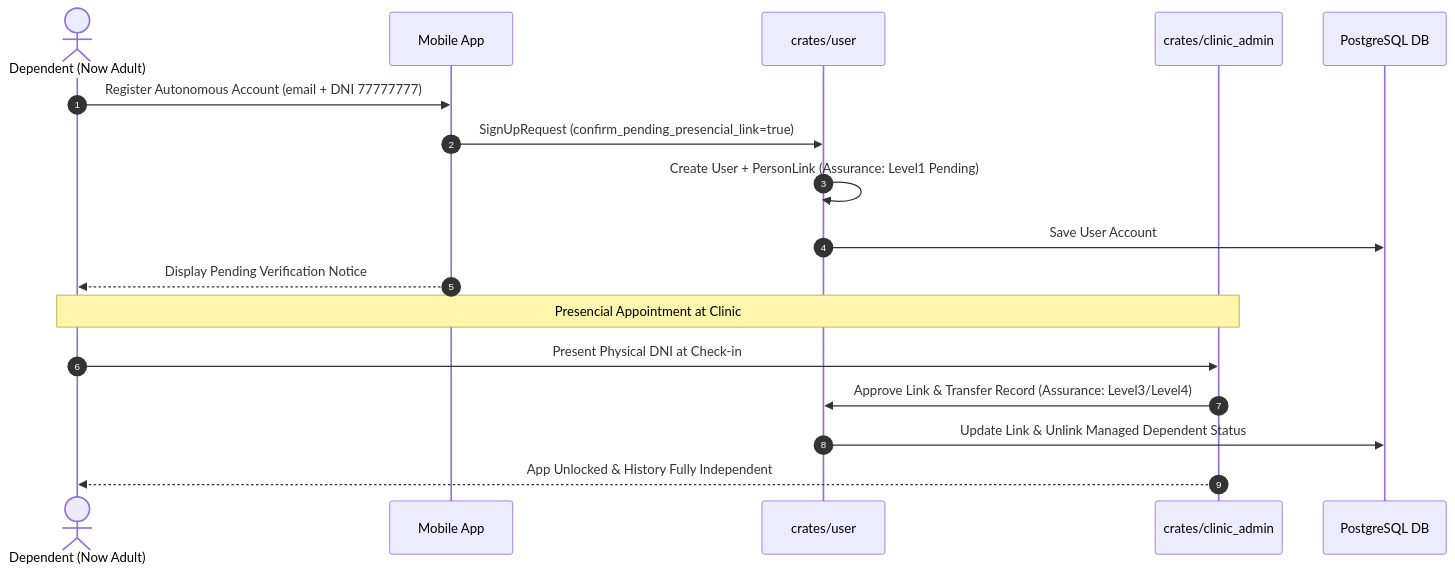
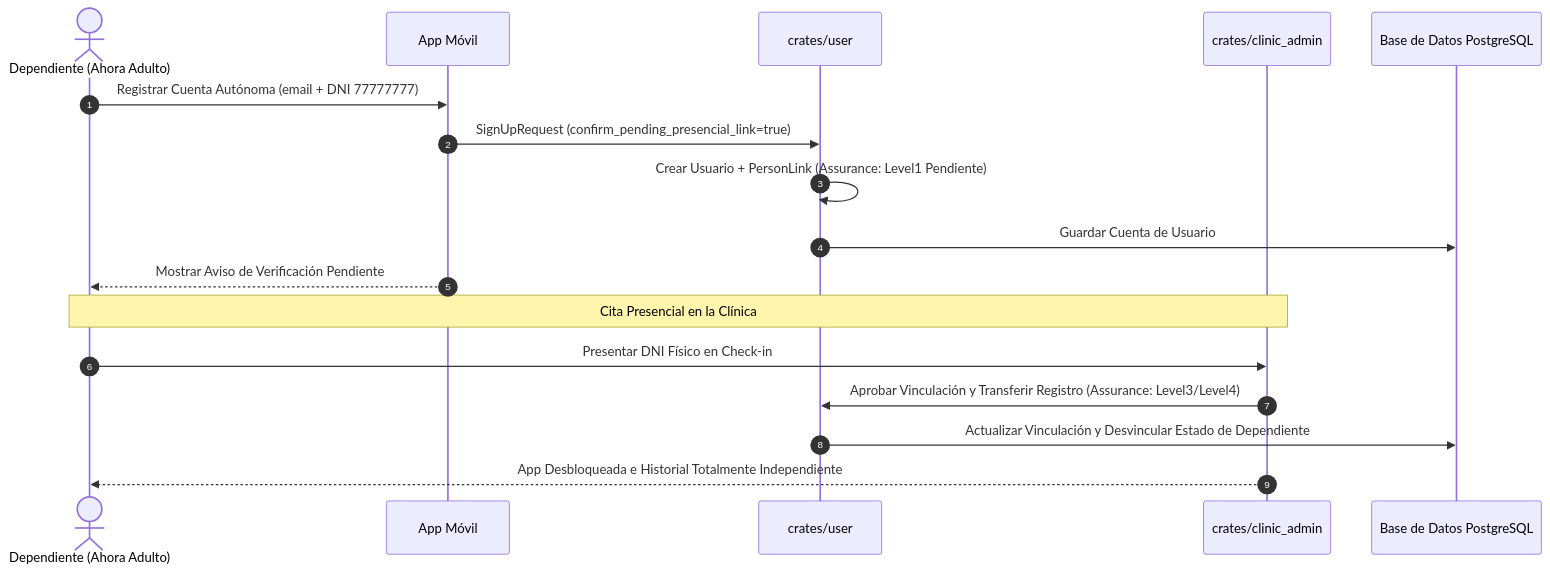
One commit to mamba-black/my-health-record changed the fifth of 9 diagrams in backend/AGENTS.md. Above: the diagram before and after it, drawn with Mermaid. The commit also changed other lines of this file, not shown here.

````diff
--- a/backend/AGENTS.md
+++ b/backend/AGENTS.md
@@ -171,21 +171,21 @@
 ```mermaid
 sequenceDiagram
     autonumber
-    actor Child as Dependent (Now Adult)
-    participant App as Mobile App
+    actor Child as Dependiente (Ahora Adulto)
+    participant App as App Móvil
     participant UserDomain as crates/user
     participant AdminDomain as crates/clinic_admin
-    participant DB as PostgreSQL DB
+    participant DB as Base de Datos PostgreSQL
 
-    Child->>App: Register Autonomous Account (email + DNI 77777777)
+    Child->>App: Registrar Cuenta Autónoma (email + DNI 77777777)
     App->>UserDomain: SignUpRequest (confirm_pending_presencial_link=true)
-    UserDomain->>UserDomain: Create User + PersonLink (Assurance: Level1 Pending)
-    UserDomain->>DB: Save User Account
-    App-->>Child: Display Pending Verification Notice
+    UserDomain->>UserDomain: Crear Usuario + PersonLink (Assurance: Level1 Pendiente)
+    UserDomain->>DB: Guardar Cuenta de Usuario
+    App-->>Child: Mostrar Aviso de Verificación Pendiente
 
-    Note over Child, AdminDomain: Presencial Appointment at Clinic
-    Child->>AdminDomain: Present Physical DNI at Check-in
-    AdminDomain->>UserDomain: Approve Link & Transfer Record (Assurance: Level3/Level4)
-    UserDomain->>DB: Update Link & Unlink Managed Dependent Status
-    AdminDomain-->>Child: App Unlocked & History Fully Independent
+    Note over Child, AdminDomain: Cita Presencial en la Clínica
+    Child->>AdminDomain: Presentar DNI Físico en Check-in
+    AdminDomain->>UserDomain: Aprobar Vinculación y Transferir Registro (Assurance: Level3/Level4)
+    UserDomain->>DB: Actualizar Vinculación y Desvincular Estado de Dependiente
+    AdminDomain-->>Child: App Desbloqueada e Historial Totalmente Independiente
 ```
````
